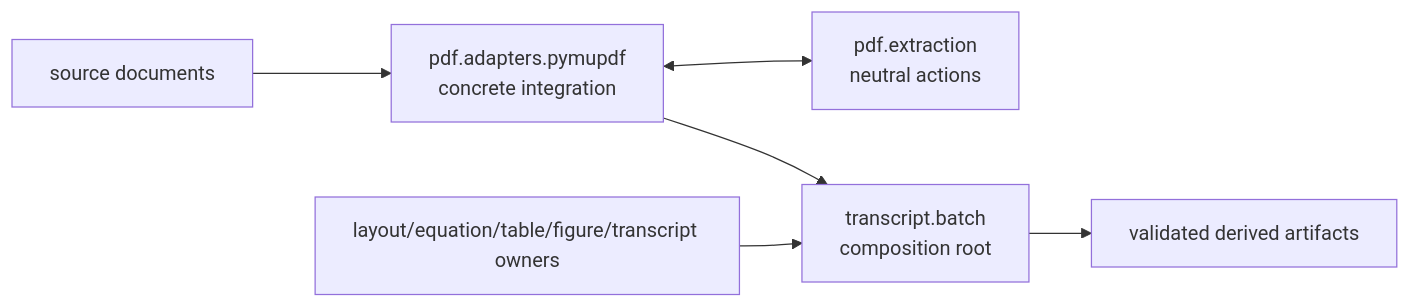
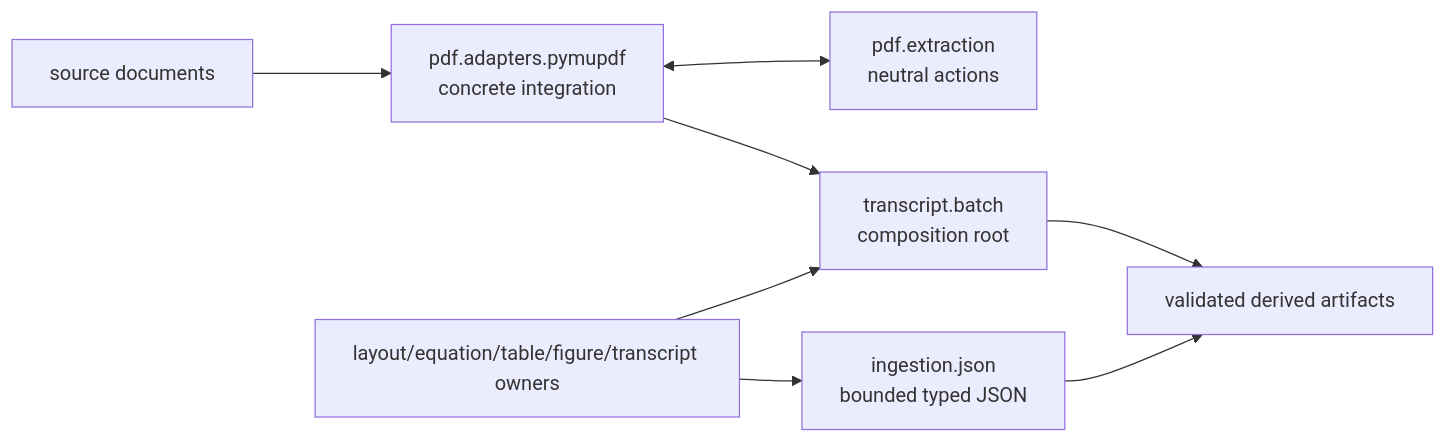
Before and after one commit to eragasa/projectkoios-ingestion: the diagram in docs/architecture/projectkoios/ingestion/schematic.md, drawn with Mermaid. The commit also changed other lines of this file and 59 other files, not shown here.

Commit message:
Document shared JSON contract architecture

````diff
--- a/docs/architecture/projectkoios/ingestion/schematic.md
+++ b/docs/architecture/projectkoios/ingestion/schematic.md
@@ -3,15 +3,18 @@
 ```mermaid
 flowchart LR
     Source["source documents"]
     PdfExtraction["pdf.extraction<br/>neutral actions"]
     PdfAdapter["pdf.adapters.pymupdf<br/>concrete integration"]
     TranscriptBatch["transcript.batch<br/>composition root"]
+    Json["ingestion.json<br/>bounded typed JSON"]
     Owners["layout/equation/table/figure/transcript owners"]
     Outputs["validated derived artifacts"]
 
     Source --> PdfAdapter
     PdfAdapter <--> PdfExtraction
     PdfAdapter --> TranscriptBatch
     Owners --> TranscriptBatch
+    Owners --> Json
+    Json --> Outputs
     TranscriptBatch --> Outputs
 ```
````
